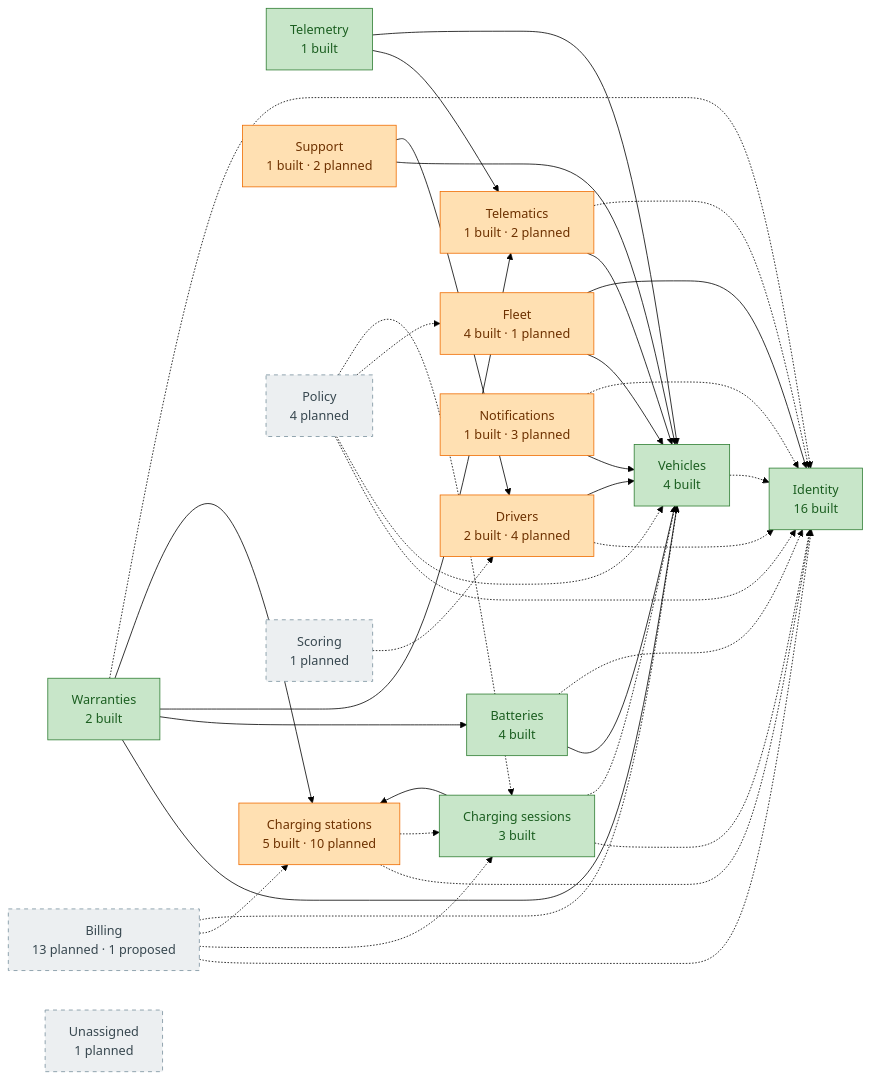
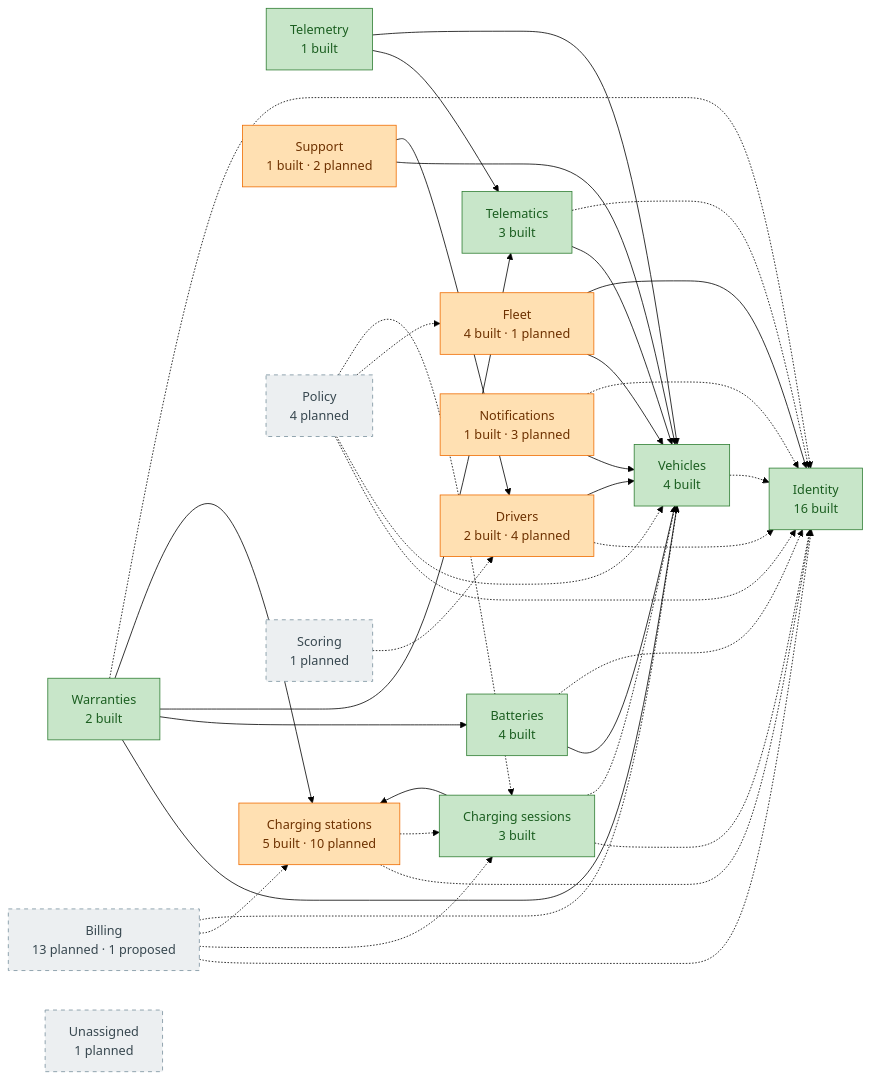
Before and after one commit to yolo-coccoc/G3Network-app: the diagram in docs/design/domain-model/overview.md, drawn with Mermaid (forest theme). The commit also changed other lines of this file and 54 other files, not shown here.

````diff
--- a/docs/design/domain-model/overview.md
+++ b/docs/design/domain-model/overview.md
@@ -28,56 +28,56 @@
 ```mermaid
 flowchart LR
   identity["Identity<br/>16 built"]:::built
   vehicles["Vehicles<br/>4 built"]:::built
   batteries["Batteries<br/>4 built"]:::built
   warranties["Warranties<br/>2 built"]:::built
-  telematics["Telematics<br/>1 built · 2 planned"]:::partial
+  telematics["Telematics<br/>3 built"]:::built
   telemetry["Telemetry<br/>1 built"]:::built
   drivers["Drivers<br/>2 built · 4 planned"]:::partial
   fleet["Fleet<br/>4 built · 1 planned"]:::partial
   charging_stations["Charging stations<br/>5 built · 10 planned"]:::partial
   charging_sessions["Charging sessions<br/>3 built"]:::built
   notifications["Notifications<br/>1 built · 3 planned"]:::partial
   support["Support<br/>1 built · 2 planned"]:::partial
   policy["Policy<br/>4 planned"]:::planned
   billing["Billing<br/>13 planned · 1 proposed"]:::planned
   scoring["Scoring<br/>1 planned"]:::planned
   unassigned["Unassigned<br/>1 planned"]:::planned
   batteries --> vehicles
   warranties --> vehicles
   warranties --> batteries
   warranties --> telematics
   warranties --> charging_stations
   telematics --> vehicles
   telemetry --> telematics
   telemetry --> vehicles
   drivers -.-> identity
   drivers --> vehicles
   fleet --> vehicles
   fleet --> identity
   charging_stations -.-> identity
   charging_stations -.-> charging_sessions
   charging_sessions --> charging_stations
   charging_sessions -.-> identity
   charging_sessions -.-> vehicles
   notifications --> vehicles
   notifications -.-> identity
   support --> vehicles
   support --> drivers
   policy -.-> identity
   policy -.-> vehicles
   policy -.-> fleet
   policy -.-> charging_sessions
   billing -.-> identity
   billing -.-> charging_sessions
   billing -.-> charging_stations
   billing -.-> vehicles
   scoring -.-> drivers
   vehicles -.-> identity
   batteries -.-> identity
   warranties -.-> identity
   telematics -.-> identity
   classDef built fill:#C8E6C9,stroke:#2E7D32,color:#1B5E20
   classDef partial fill:#FFE0B2,stroke:#EF6C00,color:#6D3100
   classDef planned fill:#ECEFF1,stroke:#78909C,color:#37474F,stroke-dasharray:5 5
 ```
````
